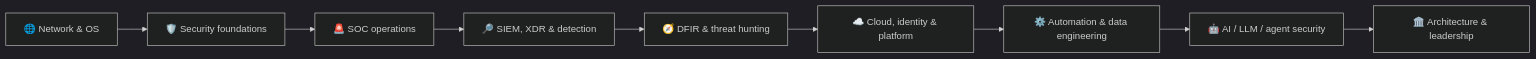
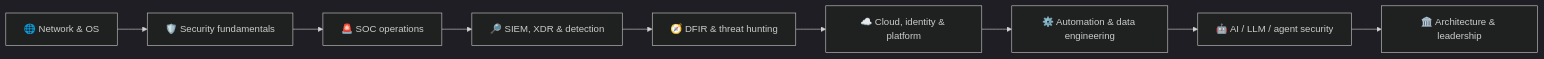
One commit to yashvanth-mv27/cyber-Sec-Roadmap-2026-27 changed the diagram in README.md. Above: the diagram before and after it, drawn with Mermaid (dark theme). The commit also changed other lines of this file, not shown here.

Commit message:
Refine README dashboard; add certification and future security learning guides

````diff
--- a/README.md
+++ b/README.md
@@ -28,11 +32,11 @@
 ```mermaid
 flowchart LR
-    A[🌐 Network & OS] --> B[🛡️ Security foundations]
+    A[🌐 Network & OS] --> B[🛡️ Security fundamentals]
     B --> C[🚨 SOC operations]
     C --> D[🔎 SIEM, XDR & detection]
     D --> E[🧭 DFIR & threat hunting]
     E --> F[☁️ Cloud, identity & platform]
     F --> G[⚙️ Automation & data engineering]
     G --> H[🤖 AI / LLM / agent security]
     H --> I[🏛️ Architecture & leadership]
 ```
````
